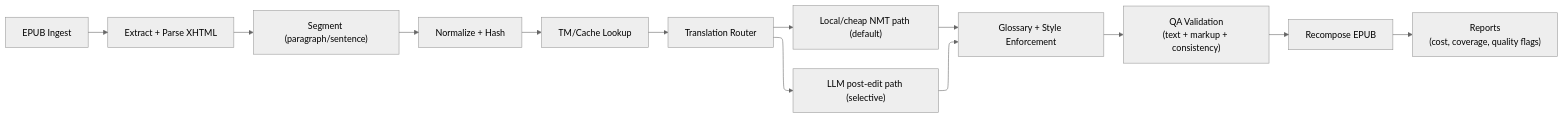
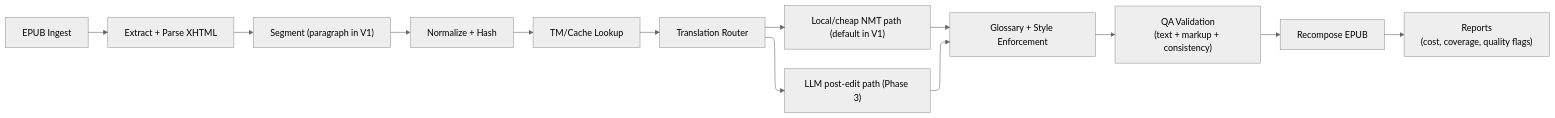
The diagram in docs/ARCHITECTURE.md (ECecillo/tomeshift), drawn with Mermaid (neutral theme) before and after one commit. The commit also changed other lines of this file and 19 other files, not shown here.

Commit message:
docs: proposed implementations, refactor architecture and setup

````diff
--- a/docs/ARCHITECTURE.md
+++ b/docs/ARCHITECTURE.md
@@ -50,18 +88,18 @@
 ```mermaid
 ---
 config:
   layout: elk
 ---
 flowchart LR
     A["EPUB Ingest"] --> B["Extract + Parse XHTML"]
-    B --> C["Segment (paragraph/sentence)"]
+    B --> C["Segment (paragraph in V1)"]
     C --> D["Normalize + Hash"]
     D --> E["TM/Cache Lookup"]
     E --> F["Translation Router"]
-    F --> G["Local/cheap NMT path (default)"] & H["LLM post-edit path (selective)"]
+    F --> G["Local/cheap NMT path (default in V1)"] & H["LLM post-edit path (Phase 3)"]
     G --> I["Glossary + Style Enforcement"]
     H --> I
     I --> J["QA Validation<br>(text + markup + consistency)"]
     J --> K["Recompose EPUB"]
     K --> L["Reports<br>(cost, coverage, quality flags)"]
 ```
````
